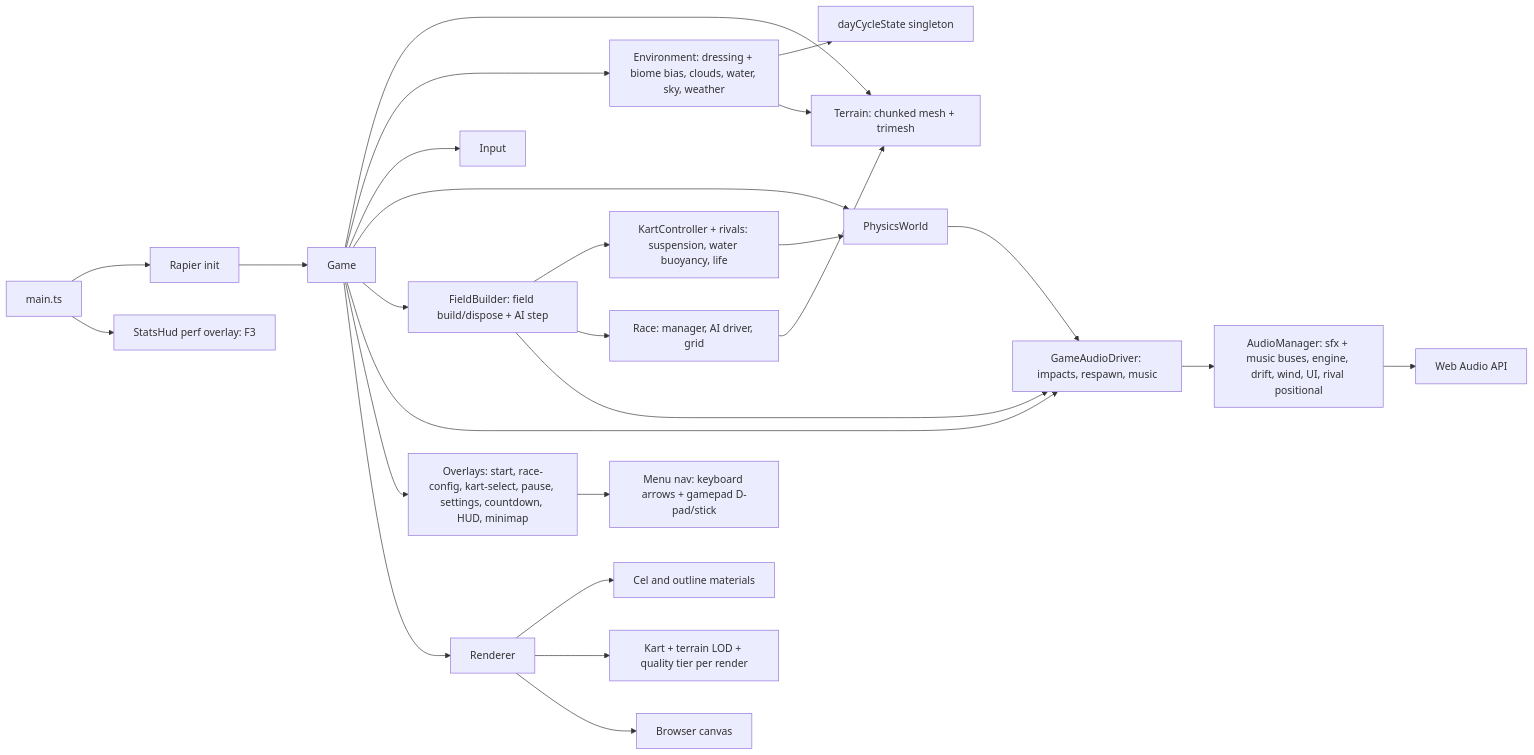
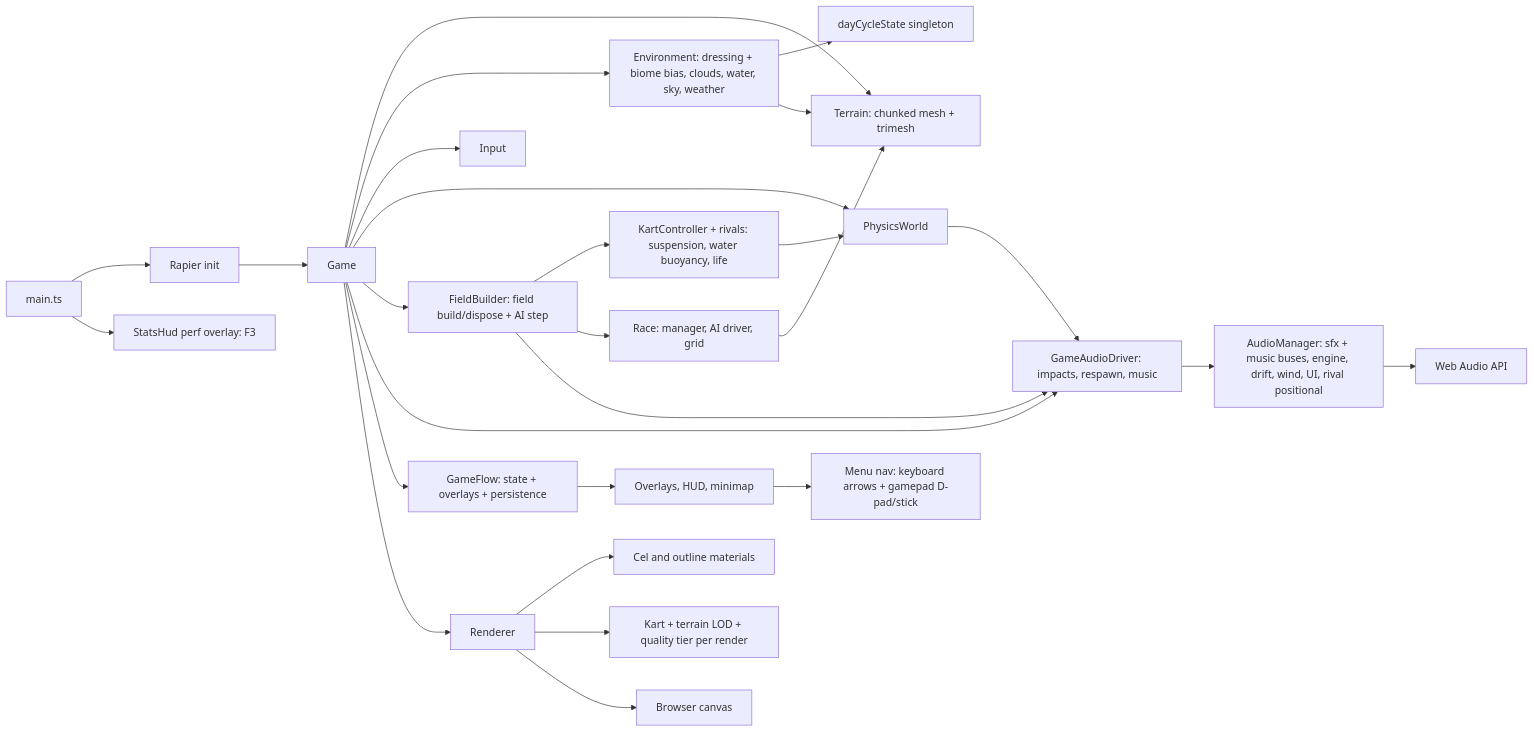
Before and after one commit to jjgroenendijk/cart-game: the diagram in AGENTS.md, drawn with Mermaid. The commit also changed 3 other files, not shown here.

````diff
--- a/AGENTS.md
+++ b/AGENTS.md
@@ -24,28 +24,28 @@
 ```mermaid
 flowchart LR
   main[main.ts] --> rapier[Rapier init]
   rapier --> game[Game]
   game --> terrain[Terrain: chunked mesh + trimesh]
   game --> env[Environment: dressing + biome bias, clouds, water, sky, weather]
   env --> dayCycle[dayCycleState singleton]
   env --> terrain
   game --> input[Input]
   game --> physics[PhysicsWorld]
   game --> field[FieldBuilder: field build/dispose + AI step]
   field --> kart[KartController + rivals: suspension, water buoyancy, life]
   field --> race[Race: manager, AI driver, grid]
   kart --> physics
   race --> terrain
   game --> gameAudio[GameAudioDriver: impacts, respawn, music]
   field --> gameAudio
   physics --> gameAudio
   gameAudio --> audio[AudioManager: sfx + music buses, engine, drift, wind, UI, rival positional]
   audio --> webaudio[Web Audio API]
-  game --> ui[Overlays: start, race-config, kart-select, pause, settings, countdown, HUD, minimap]
+  game --> gameFlow[GameFlow: state + overlays + persistence] --> ui[Overlays, HUD, minimap]
   ui --> menuNav[Menu nav: keyboard arrows + gamepad D-pad/stick]
   game --> renderer[Renderer]
   renderer --> materials[Cel and outline materials]
   renderer --> lod[Kart + terrain LOD + quality tier per render]
   renderer --> canvas[Browser canvas]
   main --> statsHud[StatsHud perf overlay: F3]
 ```
````
